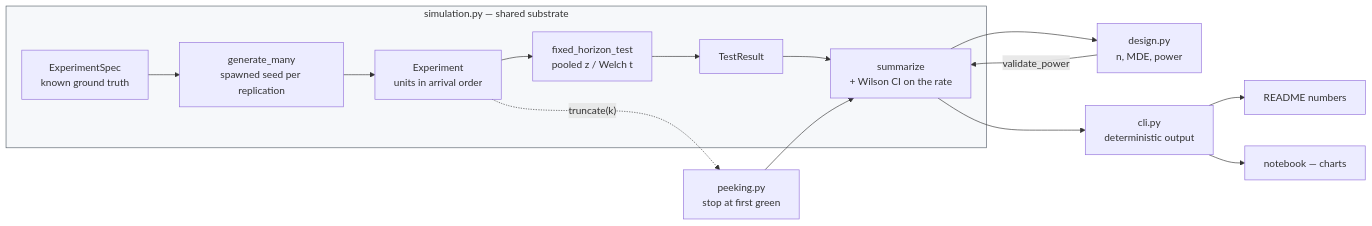
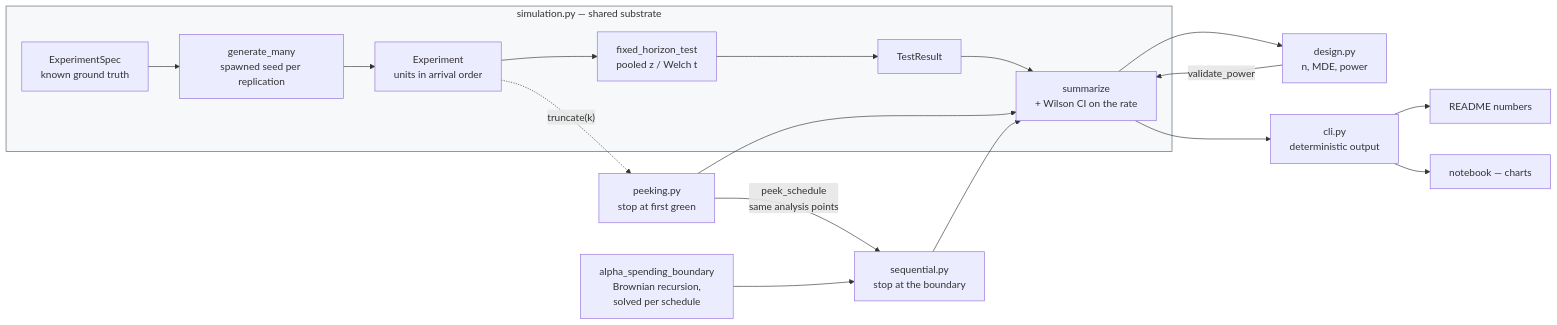
The diagram in README.md (Prithv122/ab-testing-kit), drawn with Mermaid before and after one commit. The commit also changed other lines of this file and 2 other files, not shown here.

First line of the commit message:
docs: wire sequential.py into the architecture, decisions and run sections

````diff
--- a/README.md
+++ b/README.md
@@ -53,21 +53,24 @@
 ```mermaid
 flowchart LR
     subgraph core["simulation.py — shared substrate"]
         A["ExperimentSpec<br/>known ground truth"] --> B["generate_many<br/>spawned seed per replication"]
         B --> C["Experiment<br/>units in arrival order"]
         C --> D["fixed_horizon_test<br/>pooled z / Welch t"]
         D --> E["TestResult"]
         E --> F["summarize<br/>+ Wilson CI on the rate"]
     end
 
     C -.->|"truncate(k)"| G["peeking.py<br/>stop at first green"]
+    G -->|"peek_schedule<br/>same analysis points"| S["sequential.py<br/>stop at the boundary"]
+    P["alpha_spending_boundary<br/>Brownian recursion,<br/>solved per schedule"] --> S
     F --> H["design.py<br/>n, MDE, power"]
     G --> F
+    S --> F
     H -->|"validate_power"| F
 
     F --> I["cli.py<br/>deterministic output"]
     I --> J["README numbers"]
     I --> K["notebook — charts"]
 
     style core fill:#f6f8fa,stroke:#57606a
 ```
````
